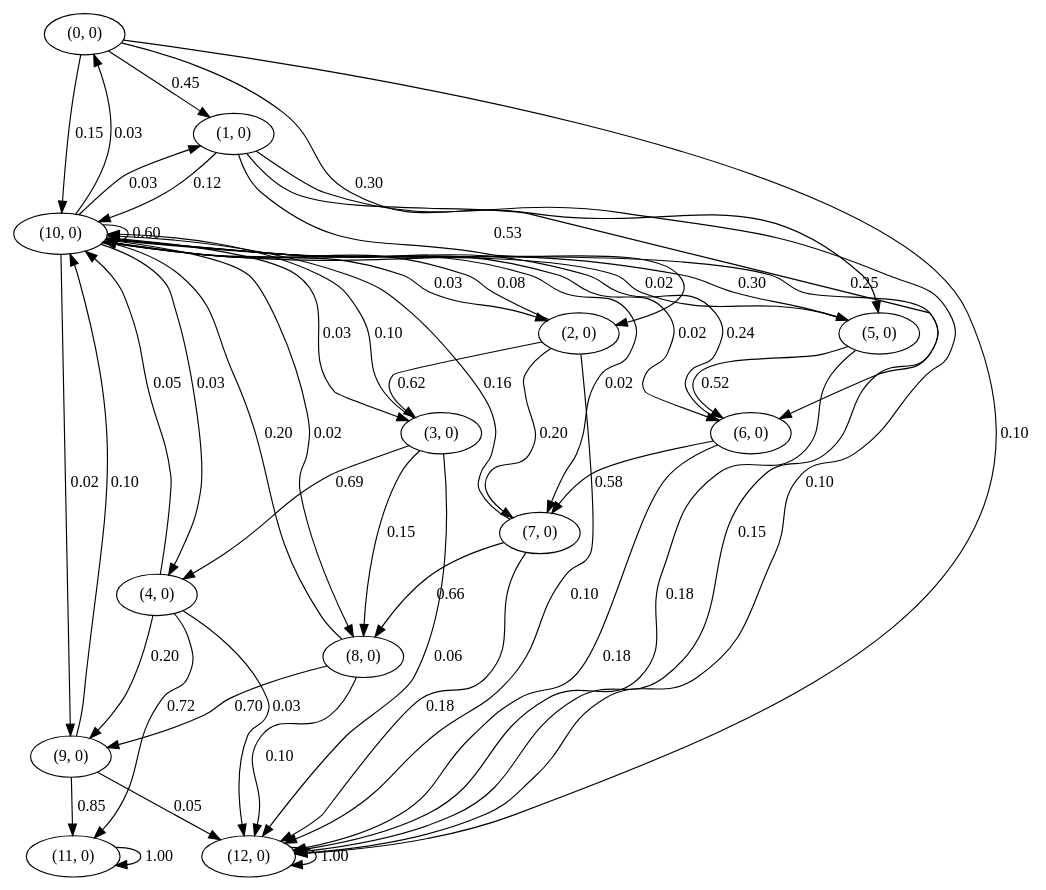
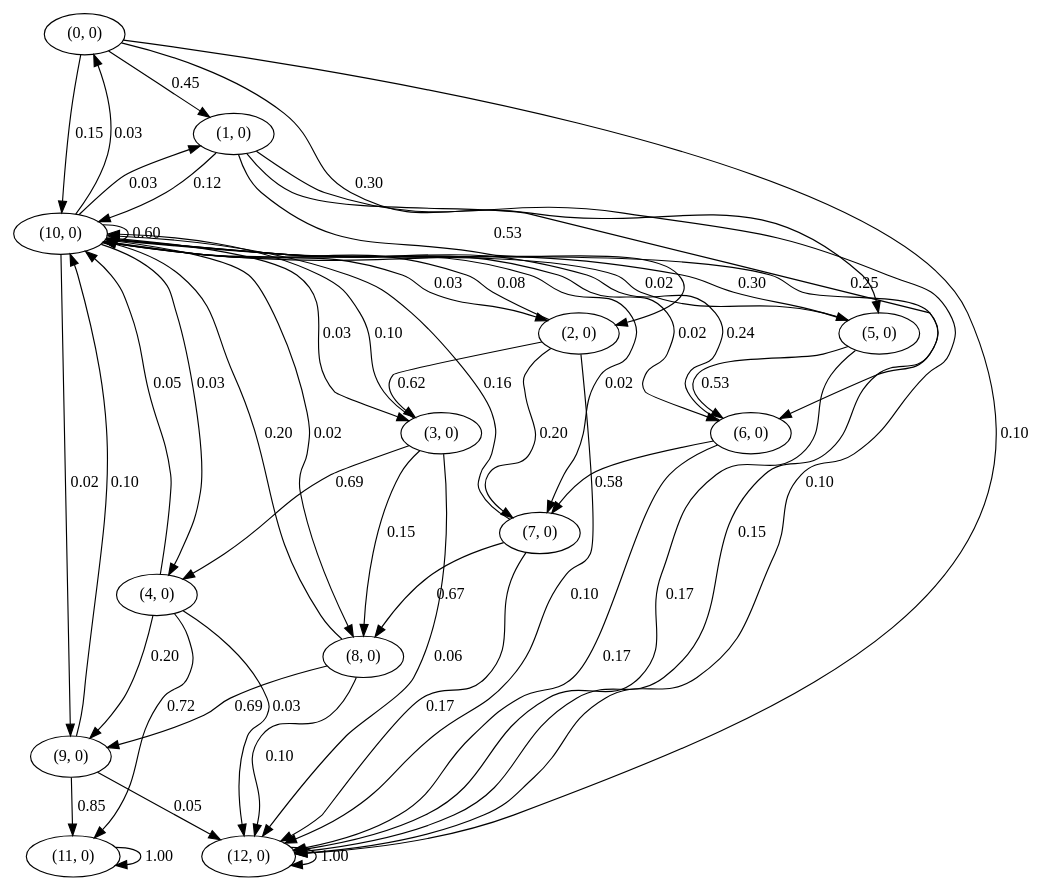
The diagram in mc.dot (JulianaFerreira/educacao), drawn with Graphviz before and after one commit. The commit also changed 4 other files, not shown here.

```diff
--- a/mc.dot
+++ b/mc.dot
@@ -1,64 +1,64 @@
 digraph  {
 "(0, 0)";
 "(1, 0)";
 "(5, 0)";
 "(10, 0)";
 "(12, 0)";
 "(2, 0)";
 "(6, 0)";
 "(3, 0)";
 "(7, 0)";
 "(4, 0)";
 "(8, 0)";
 "(9, 0)";
 "(11, 0)";
-"(0, 0)" -> "(1, 0)"  [key=0, label="0.45", weight="0.44999999999999996"];
+"(0, 0)" -> "(1, 0)"  [key=0, label="0.45", weight="0.45"];
 "(0, 0)" -> "(5, 0)"  [key=0, label="0.30", weight="0.3"];
 "(0, 0)" -> "(10, 0)"  [key=0, label="0.15", weight="0.15"];
 "(0, 0)" -> "(12, 0)"  [key=0, label="0.10", weight="0.1"];
 "(1, 0)" -> "(2, 0)"  [key=0, label="0.53", weight="0.53"];
 "(1, 0)" -> "(6, 0)"  [key=0, label="0.25", weight="0.25"];
 "(1, 0)" -> "(10, 0)"  [key=0, label="0.12", weight="0.12"];
 "(1, 0)" -> "(12, 0)"  [key=0, label="0.10", weight="0.1"];
-"(5, 0)" -> "(6, 0)"  [key=0, label="0.52", weight="0.5249999999999999"];
+"(5, 0)" -> "(6, 0)"  [key=0, label="0.53", weight="0.525"];
 "(5, 0)" -> "(10, 0)"  [key=0, label="0.30", weight="0.3"];
-"(5, 0)" -> "(12, 0)"  [key=0, label="0.18", weight="0.17500000000000002"];
+"(5, 0)" -> "(12, 0)"  [key=0, label="0.17", weight="0.175"];
 "(10, 0)" -> "(0, 0)"  [key=0, label="0.03", weight="0.03"];
 "(10, 0)" -> "(1, 0)"  [key=0, label="0.03", weight="0.03"];
 "(10, 0)" -> "(2, 0)"  [key=0, label="0.03", weight="0.03"];
 "(10, 0)" -> "(3, 0)"  [key=0, label="0.03", weight="0.03"];
 "(10, 0)" -> "(4, 0)"  [key=0, label="0.03", weight="0.03"];
 "(10, 0)" -> "(5, 0)"  [key=0, label="0.02", weight="0.02"];
 "(10, 0)" -> "(6, 0)"  [key=0, label="0.02", weight="0.02"];
 "(10, 0)" -> "(7, 0)"  [key=0, label="0.02", weight="0.02"];
 "(10, 0)" -> "(8, 0)"  [key=0, label="0.02", weight="0.02"];
 "(10, 0)" -> "(9, 0)"  [key=0, label="0.02", weight="0.02"];
 "(10, 0)" -> "(10, 0)"  [key=0, label="0.60", weight="0.6"];
 "(10, 0)" -> "(12, 0)"  [key=0, label="0.15", weight="0.15"];
 "(12, 0)" -> "(12, 0)"  [key=0, label="1.00", weight="1.0"];
-"(2, 0)" -> "(3, 0)"  [key=0, label="0.62", weight="0.6200000000000001"];
+"(2, 0)" -> "(3, 0)"  [key=0, label="0.62", weight="0.62"];
 "(2, 0)" -> "(7, 0)"  [key=0, label="0.20", weight="0.2"];
 "(2, 0)" -> "(10, 0)"  [key=0, label="0.08", weight="0.08"];
 "(2, 0)" -> "(12, 0)"  [key=0, label="0.10", weight="0.1"];
 "(6, 0)" -> "(7, 0)"  [key=0, label="0.58", weight="0.585"];
 "(6, 0)" -> "(10, 0)"  [key=0, label="0.24", weight="0.24"];
-"(6, 0)" -> "(12, 0)"  [key=0, label="0.18", weight="0.17500000000000002"];
-"(3, 0)" -> "(4, 0)"  [key=0, label="0.69", weight="0.6900000000000001"];
+"(6, 0)" -> "(12, 0)"  [key=0, label="0.17", weight="0.175"];
+"(3, 0)" -> "(4, 0)"  [key=0, label="0.69", weight="0.69"];
 "(3, 0)" -> "(8, 0)"  [key=0, label="0.15", weight="0.15"];
 "(3, 0)" -> "(10, 0)"  [key=0, label="0.10", weight="0.1"];
 "(3, 0)" -> "(12, 0)"  [key=0, label="0.06", weight="0.06"];
-"(7, 0)" -> "(8, 0)"  [key=0, label="0.66", weight="0.6649999999999999"];
+"(7, 0)" -> "(8, 0)"  [key=0, label="0.67", weight="0.665"];
 "(7, 0)" -> "(10, 0)"  [key=0, label="0.16", weight="0.16"];
-"(7, 0)" -> "(12, 0)"  [key=0, label="0.18", weight="0.17500000000000002"];
+"(7, 0)" -> "(12, 0)"  [key=0, label="0.17", weight="0.175"];
 "(4, 0)" -> "(9, 0)"  [key=0, label="0.20", weight="0.2"];
 "(4, 0)" -> "(10, 0)"  [key=0, label="0.05", weight="0.05"];
 "(4, 0)" -> "(11, 0)"  [key=0, label="0.72", weight="0.72"];
 "(4, 0)" -> "(12, 0)"  [key=0, label="0.03", weight="0.03"];
-"(8, 0)" -> "(9, 0)"  [key=0, label="0.70", weight="0.6950000000000001"];
+"(8, 0)" -> "(9, 0)"  [key=0, label="0.69", weight="0.695"];
 "(8, 0)" -> "(10, 0)"  [key=0, label="0.20", weight="0.2"];
 "(8, 0)" -> "(12, 0)"  [key=0, label="0.10", weight="0.105"];
 "(9, 0)" -> "(10, 0)"  [key=0, label="0.10", weight="0.1"];
 "(9, 0)" -> "(11, 0)"  [key=0, label="0.85", weight="0.8475"];
 "(9, 0)" -> "(12, 0)"  [key=0, label="0.05", weight="0.0525"];
 "(11, 0)" -> "(11, 0)"  [key=0, label="1.00", weight="1.0"];
 }
```
